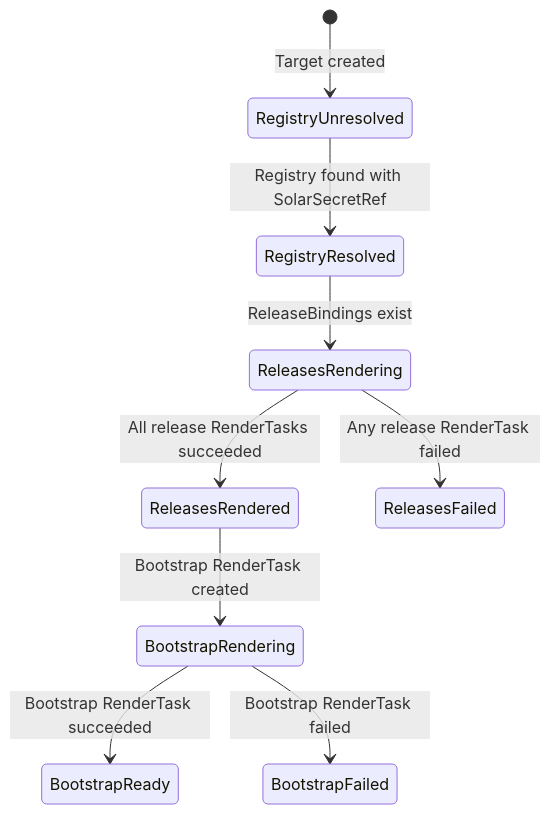
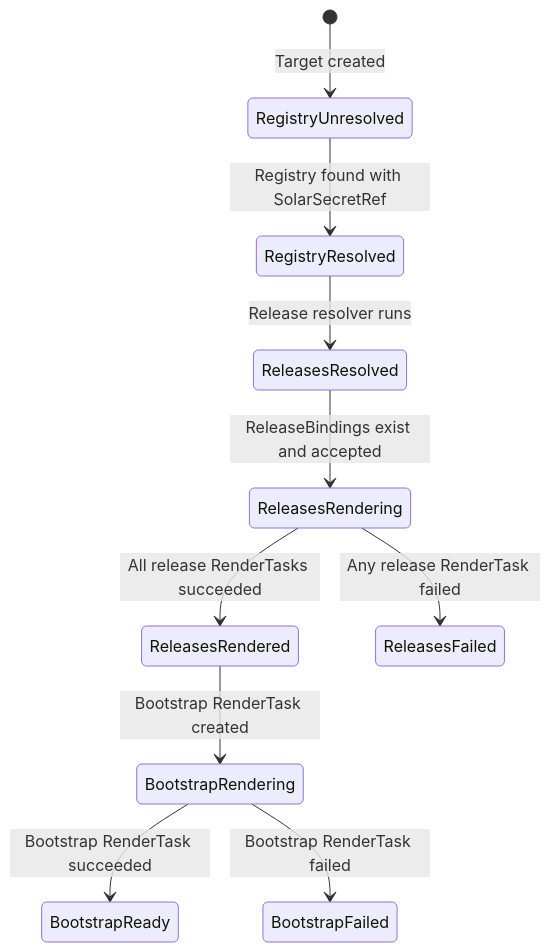
Before and after one commit to opendefensecloud/solution-arsenal: the second of 5 diagrams in docs/developer-guide/target_controller.md, drawn with Mermaid. The commit also changed other lines of this file and 4 other files, not shown here.

First line of the commit message:
docs: update release resolver documentation

````diff
--- a/docs/developer-guide/target_controller.md
+++ b/docs/developer-guide/target_controller.md
@@ -48,11 +53,12 @@
 ```mermaid
 stateDiagram-v2
     [*] --> RegistryUnresolved: Target created
     RegistryUnresolved --> RegistryResolved: Registry found with SolarSecretRef
-    RegistryResolved --> ReleasesRendering: ReleaseBindings exist
+    RegistryResolved --> ReleasesResolved: Release resolver runs
+    ReleasesResolved --> ReleasesRendering: ReleaseBindings exist and accepted
     ReleasesRendering --> ReleasesRendered: All release RenderTasks succeeded
     ReleasesRendered --> BootstrapRendering: Bootstrap RenderTask created
     BootstrapRendering --> BootstrapReady: Bootstrap RenderTask succeeded
     BootstrapRendering --> BootstrapFailed: Bootstrap RenderTask failed
     ReleasesRendering --> ReleasesFailed: Any release RenderTask failed
 ```
````
